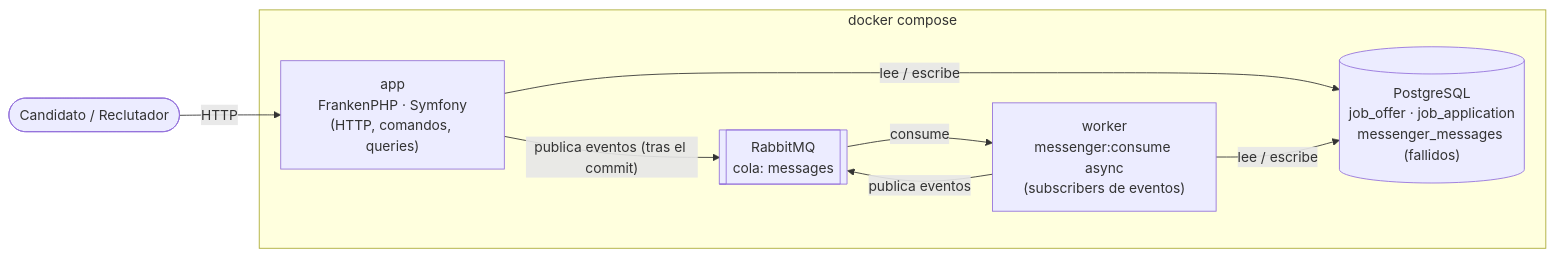
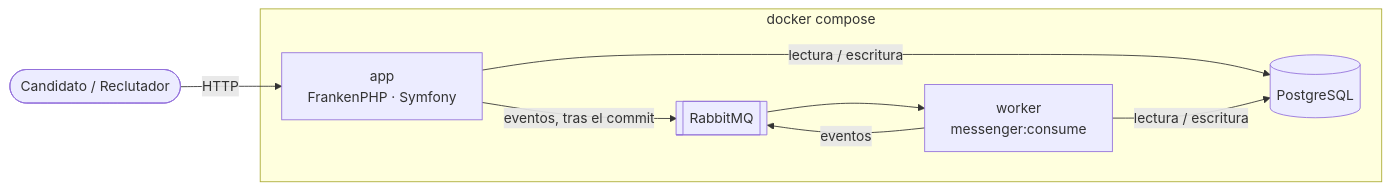
One commit to manuelarandait/ats-poc changed the first of 3 diagrams in docs/ARCHITECTURE.es.md. Above: the diagram before and after it, drawn with Mermaid. The commit also changed other lines of this file and 5 other files, not shown here.

First line of the commit message:
docs: cut the architecture document to its essentials

````diff
--- a/docs/ARCHITECTURE.es.md
+++ b/docs/ARCHITECTURE.es.md
@@ -54,18 +13,16 @@
 ```mermaid
 flowchart LR
     user([Candidato / Reclutador])
-
     subgraph docker [docker compose]
-        app["app<br/>FrankenPHP · Symfony<br/>(HTTP, comandos, queries)"]
-        worker["worker<br/>messenger:consume async<br/>(subscribers de eventos)"]
-        db[("PostgreSQL<br/>job_offer · job_application<br/>messenger_messages (fallidos)")]
-        mq[["RabbitMQ<br/>cola: messages"]]
+        app["app<br/>FrankenPHP · Symfony"]
+        worker["worker<br/>messenger:consume"]
+        db[("PostgreSQL")]
+        mq[["RabbitMQ"]]
     end
-
     user -- HTTP --> app
-    app -- "lee / escribe" --> db
-    app -- "publica eventos (tras el commit)" --> mq
-    mq -- "consume" --> worker
-    worker -- "lee / escribe" --> db
-    worker -- "publica eventos" --> mq
+    app -- "lectura / escritura" --> db
+    app -- "eventos, tras el commit" --> mq
+    mq --> worker
+    worker -- "lectura / escritura" --> db
+    worker -- eventos --> mq
 ```
````
